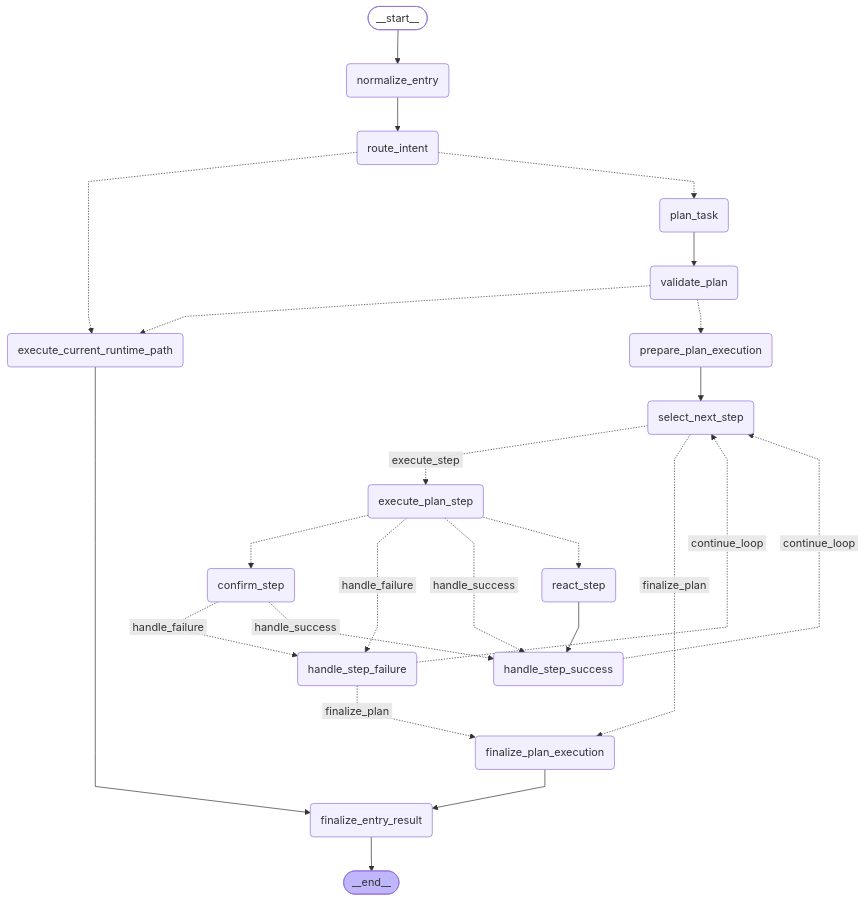
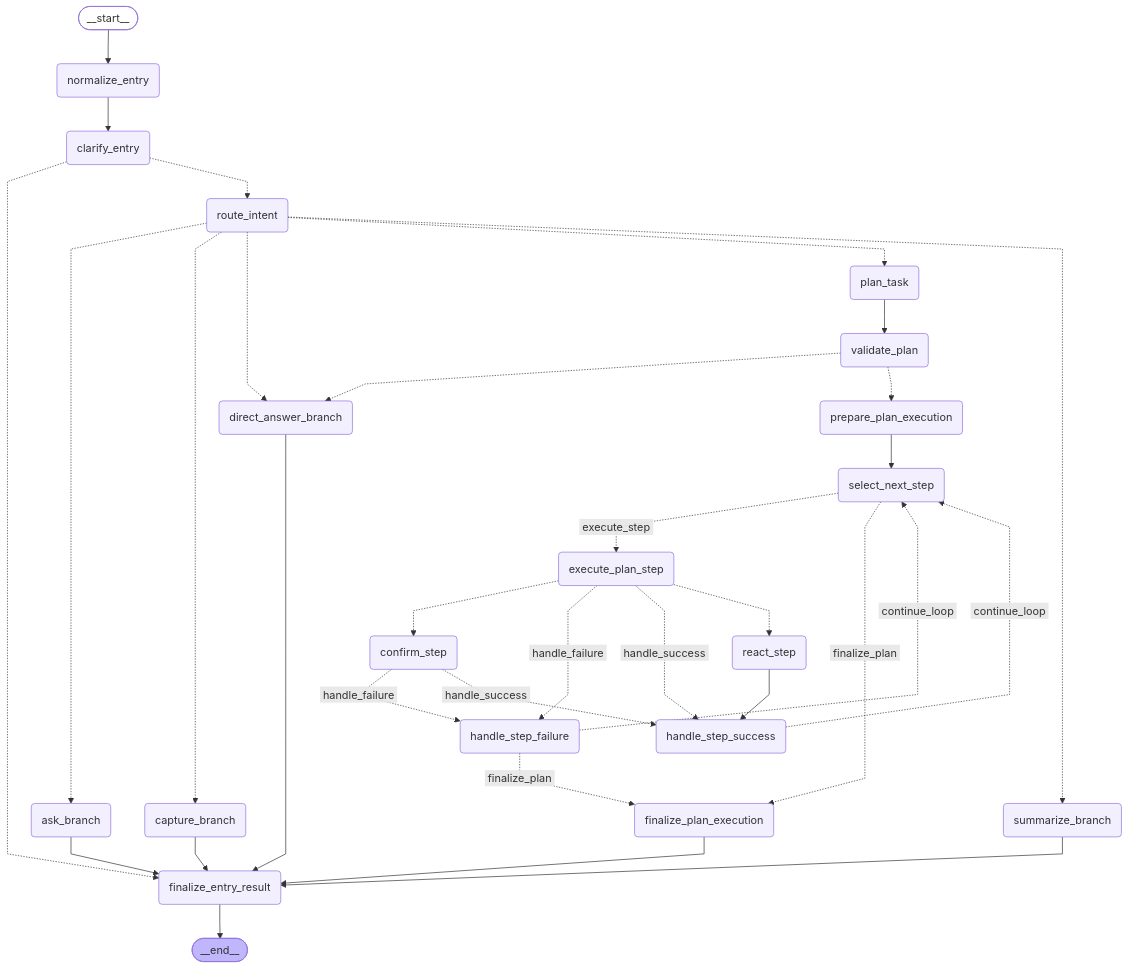
The diagram in docs/assets/entry-orchestration.md (SkyLiberation/personalAgent), drawn with Mermaid before and after one commit. The commit also changed 20 other files, not shown here.

````diff
--- a/docs/assets/entry-orchestration.md
+++ b/docs/assets/entry-orchestration.md
@@ -1,51 +1,63 @@
 ```mermaid
 ---
 config:
   flowchart:
     curve: linear
 ---
 graph TD;
 	__start__([<p>__start__</p>]):::first
 	normalize_entry(normalize_entry)
+	clarify_entry(clarify_entry)
 	route_intent(route_intent)
 	plan_task(plan_task)
 	validate_plan(validate_plan)
-	execute_current_runtime_path(execute_current_runtime_path)
+	capture_branch(capture_branch)
+	ask_branch(ask_branch)
+	summarize_branch(summarize_branch)
+	direct_answer_branch(direct_answer_branch)
 	finalize_entry_result(finalize_entry_result)
 	prepare_plan_execution(prepare_plan_execution)
 	select_next_step(select_next_step)
 	execute_plan_step(execute_plan_step)
 	handle_step_success(handle_step_success)
 	handle_step_failure(handle_step_failure)
 	confirm_step(confirm_step)
 	react_step(react_step)
 	finalize_plan_execution(finalize_plan_execution)
 	__end__([<p>__end__</p>]):::last
 	__start__ --> normalize_entry;
+	ask_branch --> finalize_entry_result;
+	capture_branch --> finalize_entry_result;
+	clarify_entry -.-> finalize_entry_result;
+	clarify_entry -.-> route_intent;
 	confirm_step -. &nbsp;handle_failure&nbsp; .-> handle_step_failure;
 	confirm_step -. &nbsp;handle_success&nbsp; .-> handle_step_success;
-	execute_current_runtime_path --> finalize_entry_result;
+	direct_answer_branch --> finalize_entry_result;
 	execute_plan_step -.-> confirm_step;
 	execute_plan_step -. &nbsp;handle_failure&nbsp; .-> handle_step_failure;
 	execute_plan_step -. &nbsp;handle_success&nbsp; .-> handle_step_success;
 	execute_plan_step -.-> react_step;
 	finalize_plan_execution --> finalize_entry_result;
 	handle_step_failure -. &nbsp;finalize_plan&nbsp; .-> finalize_plan_execution;
 	handle_step_failure -. &nbsp;continue_loop&nbsp; .-> select_next_step;
 	handle_step_success -. &nbsp;continue_loop&nbsp; .-> select_next_step;
-	normalize_entry --> route_intent;
+	normalize_entry --> clarify_entry;
 	plan_task --> validate_plan;
 	prepare_plan_execution --> select_next_step;
 	react_step --> handle_step_success;
-	route_intent -.-> execute_current_runtime_path;
+	route_intent -.-> ask_branch;
+	route_intent -.-> capture_branch;
+	route_intent -.-> direct_answer_branch;
 	route_intent -.-> plan_task;
+	route_intent -.-> summarize_branch;
 	select_next_step -. &nbsp;execute_step&nbsp; .-> execute_plan_step;
 	select_next_step -. &nbsp;finalize_plan&nbsp; .-> finalize_plan_execution;
-	validate_plan -.-> execute_current_runtime_path;
+	summarize_branch --> finalize_entry_result;
+	validate_plan -.-> direct_answer_branch;
 	validate_plan -.-> prepare_plan_execution;
 	finalize_entry_result --> __end__;
 	classDef default fill:#f2f0ff,line-height:1.2
 	classDef first fill-opacity:0
 	classDef last fill:#bfb6fc
 
 ```
````
